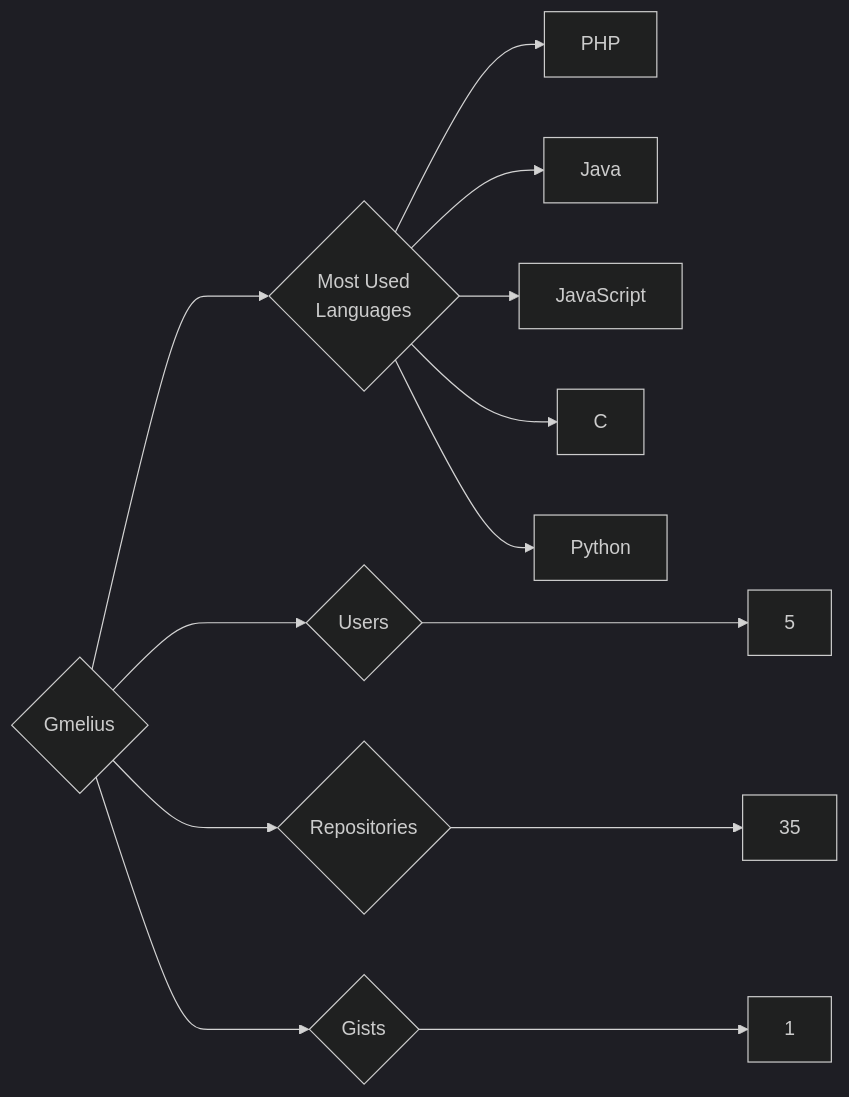
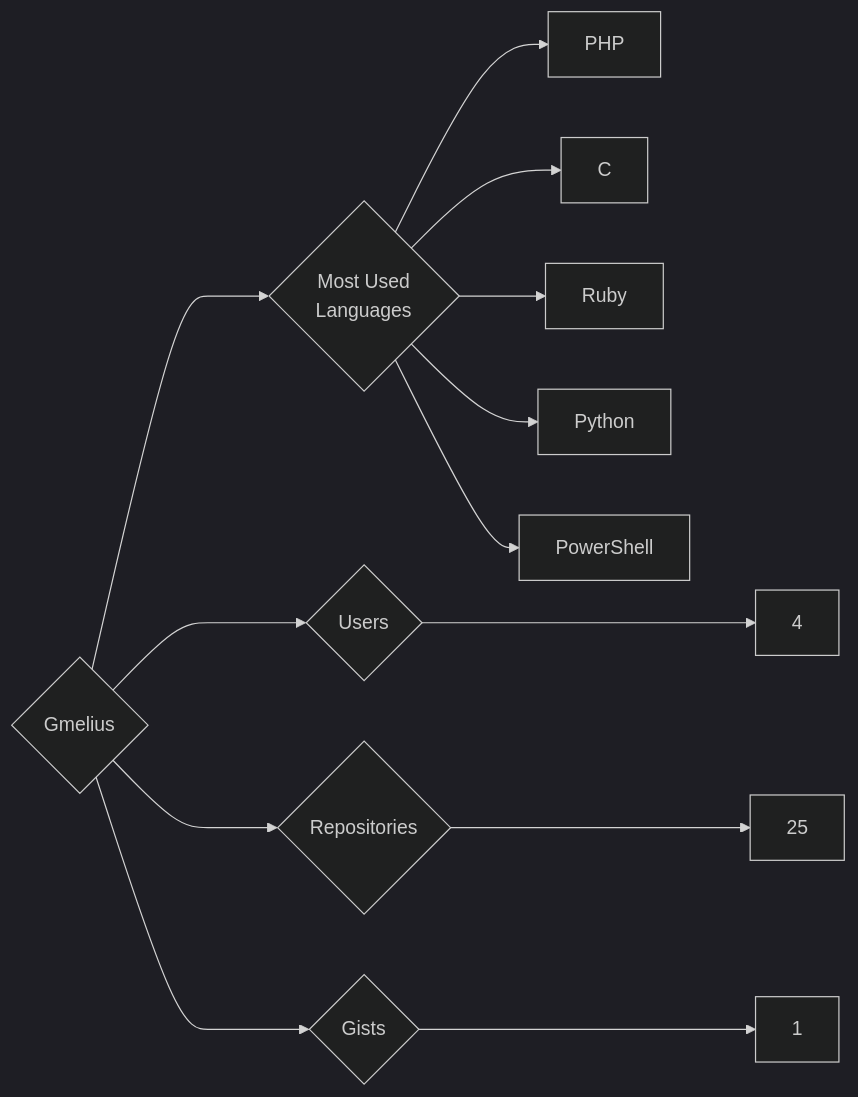
Before and after one commit to trickest/insiders: the diagram in targets/Gmelius/README.md, drawn with Mermaid (dark theme). The commit also changed 1149 other files, not shown here.

````diff
--- a/targets/Gmelius/README.md
+++ b/targets/Gmelius/README.md
@@ -3,13 +3,13 @@
 ```mermaid
 graph LR
 COMPANY_NAME{Gmelius}
-COMPANY_NAME ---> U{Users} ---> UN[5]
-COMPANY_NAME ---> R{Repositories} ---> RN[35]
+COMPANY_NAME ---> U{Users} ---> UN[4]
+COMPANY_NAME ---> R{Repositories} ---> RN[25]
 COMPANY_NAME ---> G{Gists} ---> GN[1]
 COMPANY_NAME ---> ML{Most Used<br>Languages}
 ML --> PHP[PHP]
-ML --> Java[Java]
-ML --> JavaScript[JavaScript]
 ML --> C[C]
+ML --> Ruby[Ruby]
 ML --> Python[Python]
+ML --> PowerShell[PowerShell]
 ```
````
